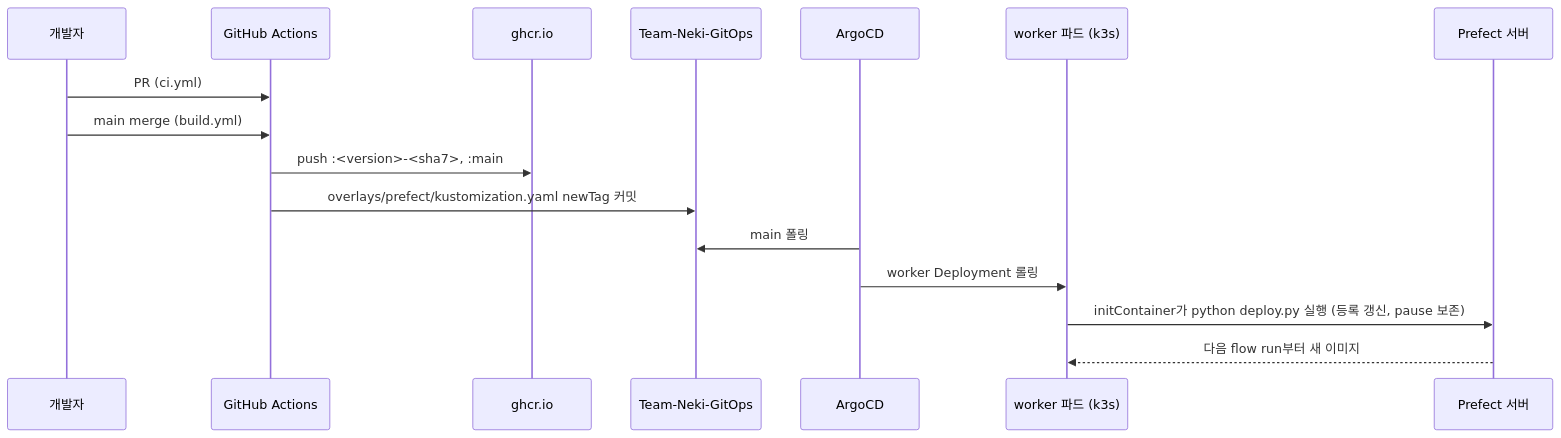
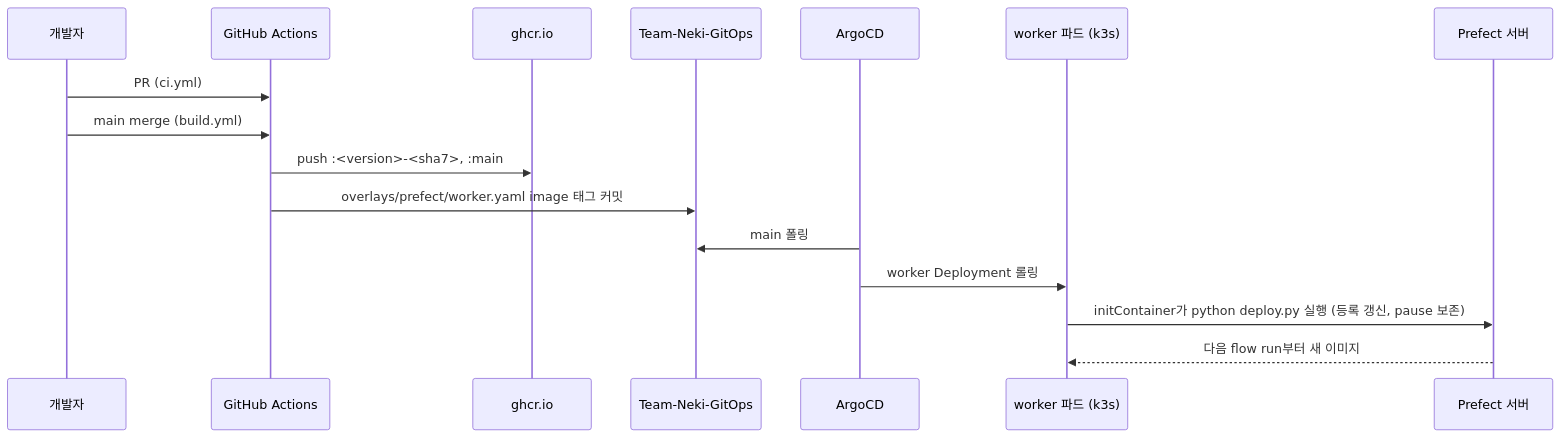
Before and after one commit to Team-Neki/Team-Neki-Workflow: the diagram in docs/runbook.md, drawn with Mermaid. The commit also changed other lines of this file and 3 other files, not shown here.

First line of the commit message:
ci(build): GitOps 태그 갱신을 kustomization newTag 대신 worker.yaml image 줄로 바꾼다

````diff
--- a/docs/runbook.md
+++ b/docs/runbook.md
@@ -12,19 +12,19 @@
 ```mermaid
 sequenceDiagram
     participant Dev as 개발자
     participant GH as GitHub Actions
     participant GHCR as ghcr.io
     participant GitOps as Team-Neki-GitOps
     participant Argo as ArgoCD
     participant Worker as worker 파드 (k3s)
     participant API as Prefect 서버
 
     Dev->>GH: PR (ci.yml)
     Dev->>GH: main merge (build.yml)
     GH->>GHCR: push :<version>-<sha7>, :main
-    GH->>GitOps: overlays/prefect/kustomization.yaml newTag 커밋
+    GH->>GitOps: overlays/prefect/worker.yaml image 태그 커밋
     Argo->>GitOps: main 폴링
     Argo->>Worker: worker Deployment 롤링
     Worker->>API: initContainer가 python deploy.py 실행 (등록 갱신, pause 보존)
     API-->>Worker: 다음 flow run부터 새 이미지
 ```
````
